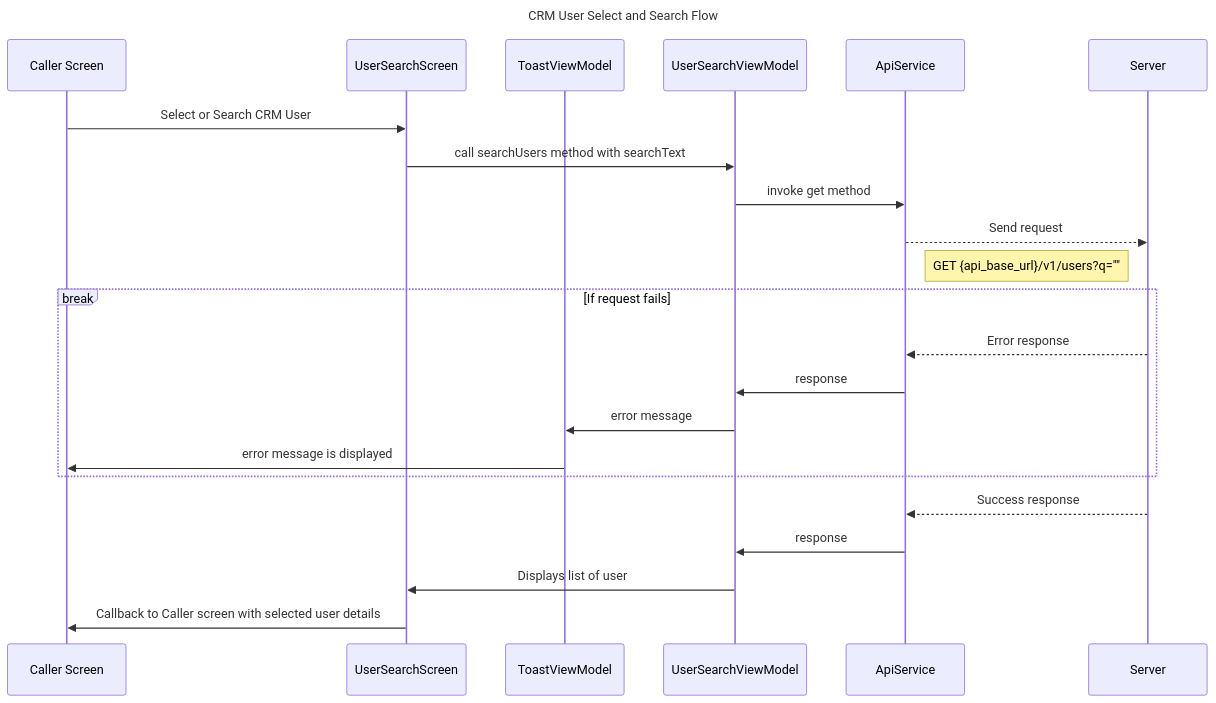
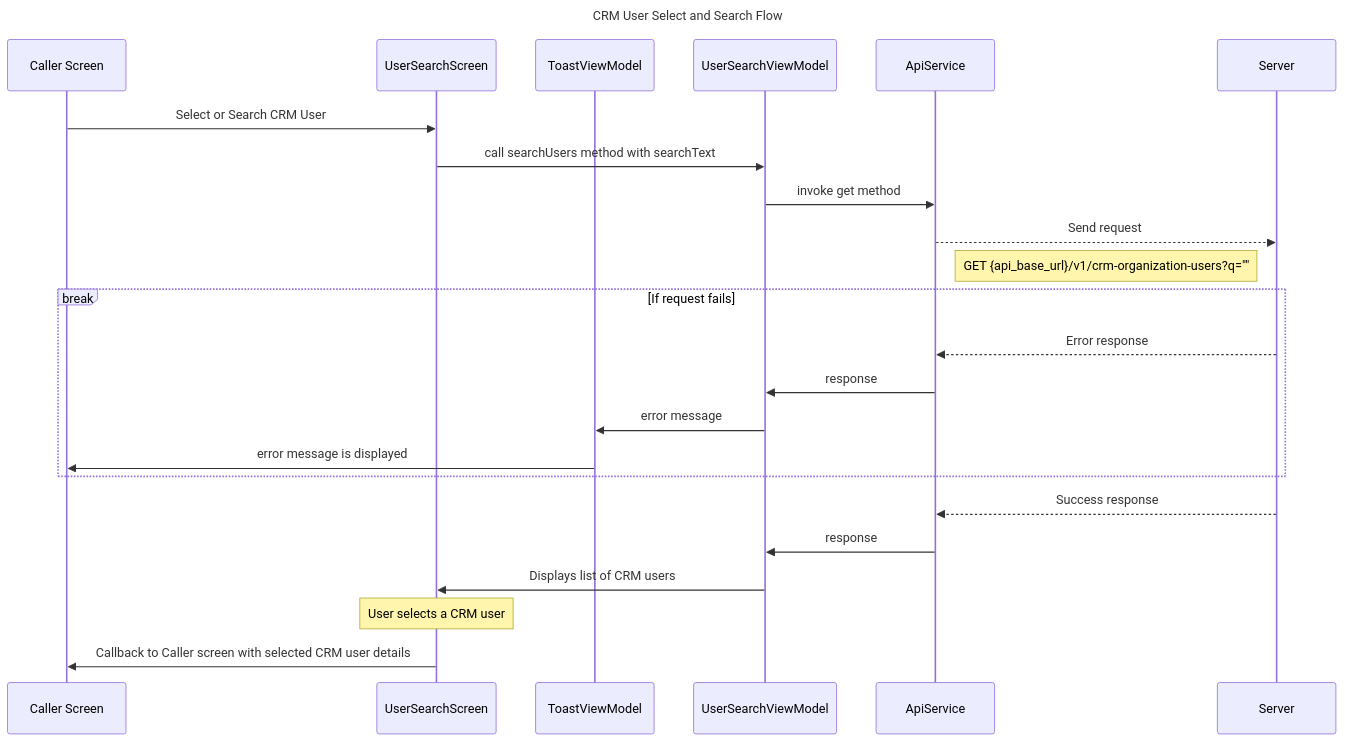
One commit to TrueSparrowSystems/AI-SalesSparrow-Docs changed the diagram in flowDiagrams/IOS/CrmUserSearchScreen.mermaid. Above: the diagram before and after it, drawn with Mermaid. The commit also changed 3 other files, not shown here.

```diff
--- a/flowDiagrams/IOS/CrmUserSearchScreen.mermaid
+++ b/flowDiagrams/IOS/CrmUserSearchScreen.mermaid
@@ -1,27 +1,28 @@
 sequenceDiagram
     title CRM User Select and Search Flow
 
     participant CS as Caller Screen
     participant USS as UserSearchScreen
     participant TVM as ToastViewModel
     participant USVM as UserSearchViewModel
     participant AS as ApiService
     participant S as Server
 
     CS->>USS: Select or Search CRM User
     USS->>USVM: call searchUsers method with searchText
     USVM->>AS: invoke get method
     AS-->>S: Send request
-    note right of AS: GET {api_base_url}/v1/users?q=""
+    note right of AS: GET {api_base_url}/v1/crm-organization-users?q=""
 
     break If request fails
         S-->>AS: Error response
         AS->>USVM: response
         USVM->>TVM: error message
         TVM->>CS: error message is displayed
     end
     
     S-->>AS: Success response
     AS->>USVM: response
-    USVM->>USS: Displays list of user
-    USS->>CS: Callback to Caller screen with selected user details
+    USVM->>USS: Displays list of CRM users
+    note over USS: User selects a CRM user
+    USS->>CS: Callback to Caller screen with selected CRM user details
```
